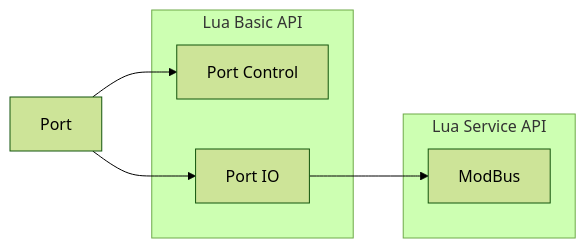
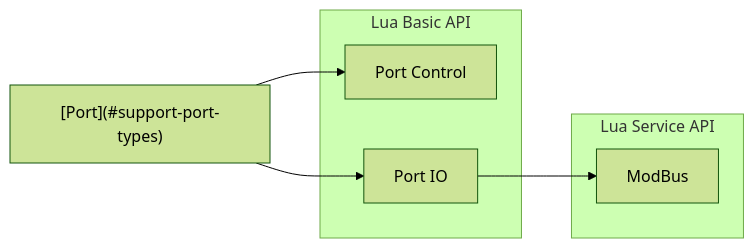
The first of 2 diagrams in readme.md (zyt20001205/UniComm2), drawn with Mermaid (forest theme) before and after one commit.

Commit message:
readme modified

````diff
--- a/readme.md
+++ b/readme.md
@@ -40,30 +40,28 @@
 ```mermaid
 flowchart LR
-    port[Port]
+    port["`[Port](#support-port-types)`"]
 
     subgraph Lua Basic API
         portControl[Port Control]
         portIO[Port IO]
         
 %%        subgraph Control
 %%            portOpen[port.open]
 %%            portClose[port.close]
 %%            portInfo[port.info]
 %%        end
 %%        subgraph IO
 %%            portReadData[port.readData]
 %%            portWriteData[port.writeData]
 %%            portReadText[port.readText]
 %%            portWriteText[port.writeText]
 %%        end
     end
 
     subgraph Lua Service API
         modbus[ModBus]
     end
     
     port --> portControl & portIO 
     portIO --> modbus
-
-    click port "#support-port-types" "View Support Port Types"
 ```
````
